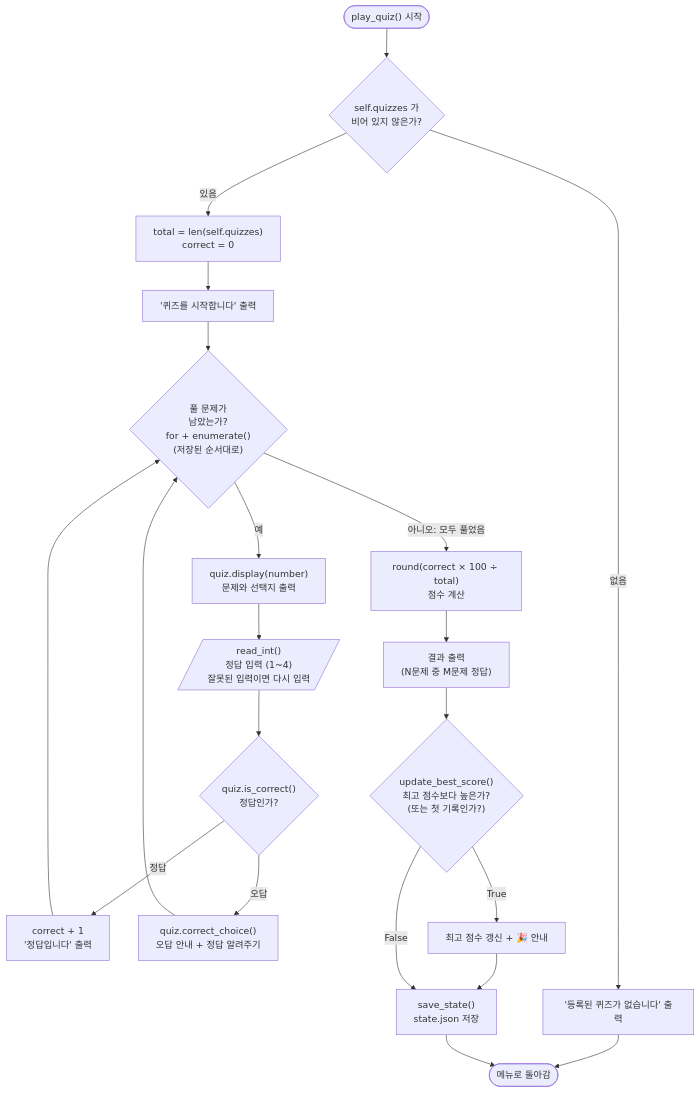
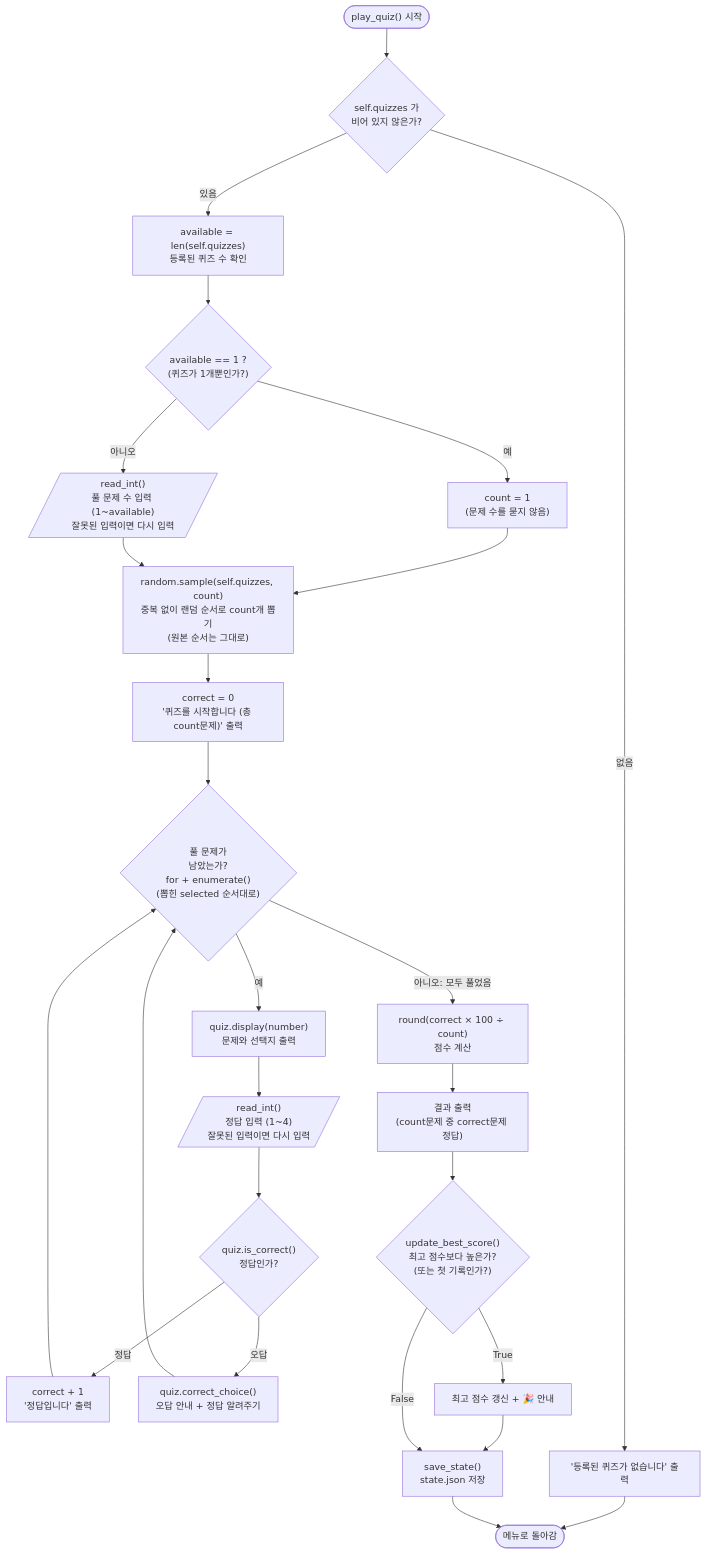
Before and after one commit to L011235/Mission-1-2-Quiz-Game: the third of 4 diagrams in README.md, drawn with Mermaid. The commit also changed other lines of this file, not shown here.

Commit message:
Docs: README.md 플로차트 수정

````diff
--- a/README.md
+++ b/README.md
@@ -224,24 +224,30 @@
 ```mermaid
 flowchart TD
     A(["play_quiz() 시작"]) --> B{"self.quizzes 가<br/>비어 있지 않은가?"}
     B -->|없음| B1["'등록된 퀴즈가 없습니다' 출력"] --> END([메뉴로 돌아감])
 
-    B -->|있음| C["total = len(self.quizzes)<br/>correct = 0"]
-    C --> D["'퀴즈를 시작합니다' 출력"]
-    D --> E{"풀 문제가<br/>남았는가?<br/>for + enumerate()<br/>(저장된 순서대로)"}
+    B -->|있음| C["available = len(self.quizzes)<br/>등록된 퀴즈 수 확인"]
+    C --> D{"available == 1 ?<br/>(퀴즈가 1개뿐인가?)"}
+    D -->|예| D1["count = 1<br/>(문제 수를 묻지 않음)"]
+    D -->|아니오| D2[/"read_int()<br/>풀 문제 수 입력 (1~available)<br/>잘못된 입력이면 다시 입력"/]
+    D1 --> E
+    D2 --> E["random.sample(self.quizzes, count)<br/>중복 없이 랜덤 순서로 count개 뽑기<br/>(원본 순서는 그대로)"]
 
-    E -->|예| F["quiz.display(number)<br/>문제와 선택지 출력"]
-    F --> G[/"read_int()<br/>정답 입력 (1~4)<br/>잘못된 입력이면 다시 입력"/]
-    G --> H{"quiz.is_correct()<br/>정답인가?"}
-    H -->|정답| I["correct + 1<br/>'정답입니다' 출력"]
-    H -->|오답| J["quiz.correct_choice()<br/>오답 안내 + 정답 알려주기"]
-    I --> E
-    J --> E
+    E --> F["correct = 0<br/>'퀴즈를 시작합니다 (총 count문제)' 출력"]
+    F --> G{"풀 문제가<br/>남았는가?<br/>for + enumerate()<br/>(뽑힌 selected 순서대로)"}
 
-    E -->|아니오: 모두 풀었음| K["round(correct × 100 ÷ total)<br/>점수 계산"]
-    K --> L["결과 출력<br/>(N문제 중 M문제 정답)"]
-    L --> M{"update_best_score()<br/>최고 점수보다 높은가?<br/>(또는 첫 기록인가?)"}
-    M -->|"True"| M1["최고 점수 갱신 + 🎉 안내"] --> N
-    M -->|"False"| N["save_state()<br/>state.json 저장"]
-    N --> END
+    G -->|예| H["quiz.display(number)<br/>문제와 선택지 출력"]
+    H --> I[/"read_int()<br/>정답 입력 (1~4)<br/>잘못된 입력이면 다시 입력"/]
+    I --> J{"quiz.is_correct()<br/>정답인가?"}
+    J -->|정답| K["correct + 1<br/>'정답입니다' 출력"]
+    J -->|오답| L["quiz.correct_choice()<br/>오답 안내 + 정답 알려주기"]
+    K --> G
+    L --> G
+
+    G -->|아니오: 모두 풀었음| M["round(correct × 100 ÷ count)<br/>점수 계산"]
+    M --> N["결과 출력<br/>(count문제 중 correct문제 정답)"]
+    N --> O{"update_best_score()<br/>최고 점수보다 높은가?<br/>(또는 첫 기록인가?)"}
+    O -->|"True"| O1["최고 점수 갱신 + 🎉 안내"] --> P
+    O -->|"False"| P["save_state()<br/>state.json 저장"]
+    P --> END
 ```
````
